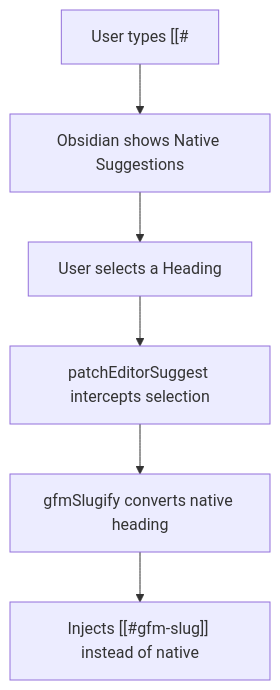
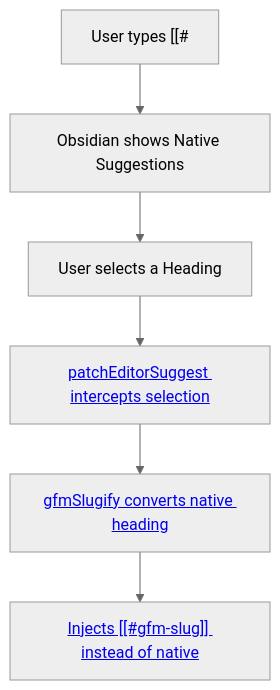
One commit to lucasgaldinos/obsidian-gfm-headers changed the third of 6 diagrams in docs/architecture.md. Above: the diagram before and after it, drawn with Mermaid. The commit also changed other lines of this file and 31 other files, not shown here.

````diff
--- a/docs/architecture.md
+++ b/docs/architecture.md
@@ -123,8 +251,16 @@
 ```mermaid
+---
+config:
+  theme: neutral
+  flowchart:
+    nodeSpacing: 40
+    rankSpacing: 50
+    curve: linear
+---
 flowchart TD
     AS["User types [[# "] --> ES["Obsidian shows Native Suggestions"]
     ES --> SEL["User selects a Heading"]
-    SEL --> PES["patchEditorSuggest intercepts selection"]
-    PES --> SLUG["gfmSlugify converts native heading"]
-    SLUG --> INS["Injects [[#gfm-slug]] instead of native"]
+    SEL --> PES["<a href='../src/patch-editor-suggest.ts'>patchEditorSuggest intercepts selection</a>"]
+    PES --> SLUG["<a href='../src/gfm-slugify.ts'>gfmSlugify converts native heading</a>"]
+    SLUG --> INS["<a href='../src/patch-editor-suggest.ts'>Injects [[#gfm-slug]] instead of native</a>"]
 ```
````
